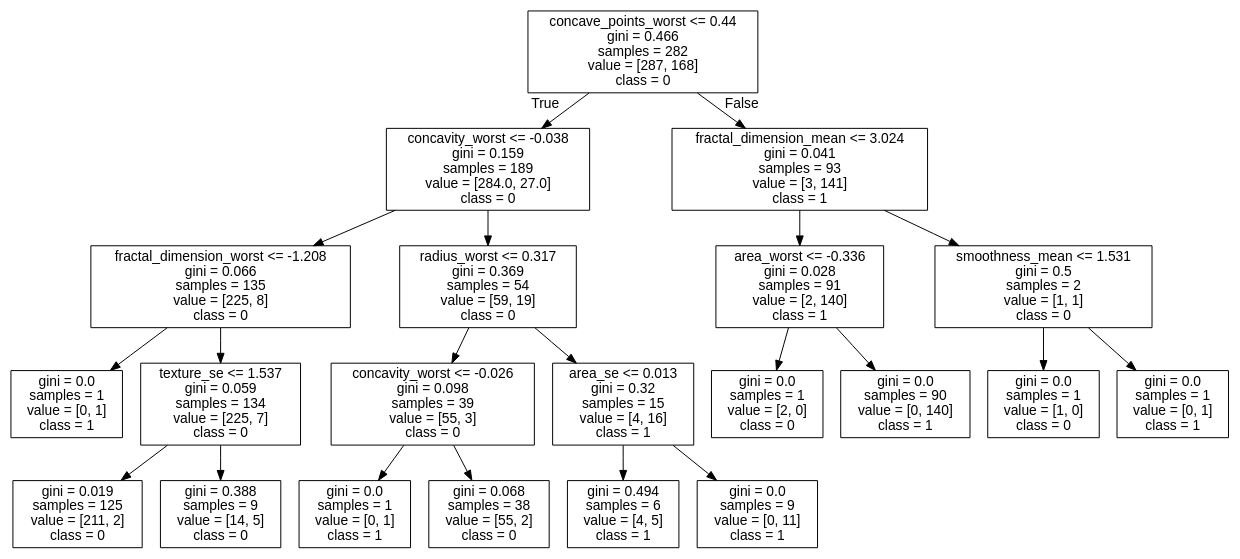
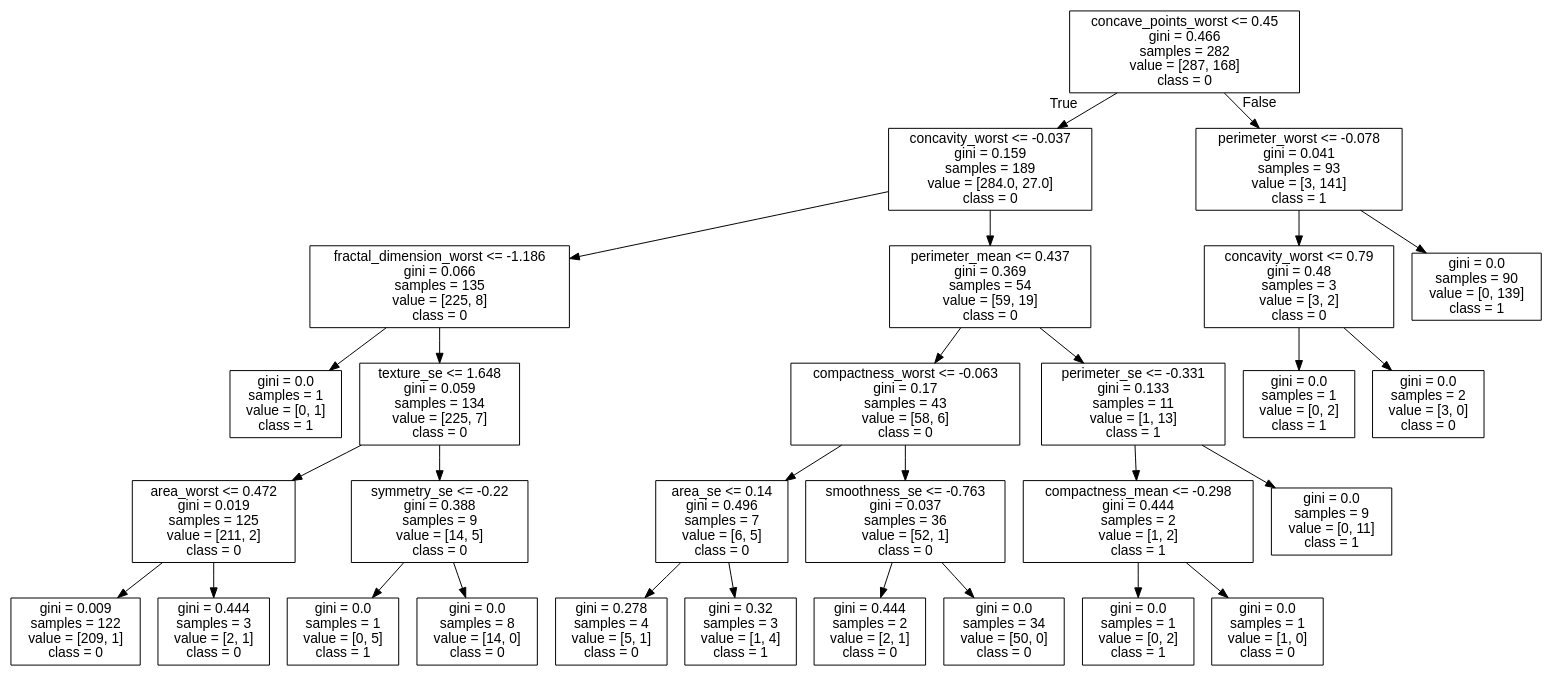
One commit to cyrilvincent/ML changed the diagram in data/breast-cancer/tree.dot. Above: the diagram before and after it, drawn with Graphviz. The commit also changed 2 other files, not shown here.

```diff
--- a/data/breast-cancer/tree.dot
+++ b/data/breast-cancer/tree.dot
@@ -1,45 +1,61 @@
 digraph Tree {
 node [shape=box, fontname="helvetica"] ;
 edge [fontname="helvetica"] ;
-0 [label="concave_points_worst <= 0.44\ngini = 0.466\nsamples = 282\nvalue = [287, 168]\nclass = 0"] ;
-1 [label="concavity_worst <= -0.038\ngini = 0.159\nsamples = 189\nvalue = [284.0, 27.0]\nclass = 0"] ;
+0 [label="concave_points_worst <= 0.45\ngini = 0.466\nsamples = 282\nvalue = [287, 168]\nclass = 0"] ;
+1 [label="concavity_worst <= -0.037\ngini = 0.159\nsamples = 189\nvalue = [284.0, 27.0]\nclass = 0"] ;
 0 -> 1 [labeldistance=2.5, labelangle=45, headlabel="True"] ;
-2 [label="fractal_dimension_worst <= -1.208\ngini = 0.066\nsamples = 135\nvalue = [225, 8]\nclass = 0"] ;
+2 [label="fractal_dimension_worst <= -1.186\ngini = 0.066\nsamples = 135\nvalue = [225, 8]\nclass = 0"] ;
 1 -> 2 ;
 3 [label="gini = 0.0\nsamples = 1\nvalue = [0, 1]\nclass = 1"] ;
 2 -> 3 ;
-4 [label="texture_se <= 1.537\ngini = 0.059\nsamples = 134\nvalue = [225, 7]\nclass = 0"] ;
+4 [label="texture_se <= 1.648\ngini = 0.059\nsamples = 134\nvalue = [225, 7]\nclass = 0"] ;
 2 -> 4 ;
-5 [label="gini = 0.019\nsamples = 125\nvalue = [211, 2]\nclass = 0"] ;
+5 [label="area_worst <= 0.472\ngini = 0.019\nsamples = 125\nvalue = [211, 2]\nclass = 0"] ;
 4 -> 5 ;
-6 [label="gini = 0.388\nsamples = 9\nvalue = [14, 5]\nclass = 0"] ;
-4 -> 6 ;
-7 [label="radius_worst <= 0.317\ngini = 0.369\nsamples = 54\nvalue = [59, 19]\nclass = 0"] ;
-1 -> 7 ;
-8 [label="concavity_worst <= -0.026\ngini = 0.098\nsamples = 39\nvalue = [55, 3]\nclass = 0"] ;
-7 -> 8 ;
-9 [label="gini = 0.0\nsamples = 1\nvalue = [0, 1]\nclass = 1"] ;
+6 [label="gini = 0.009\nsamples = 122\nvalue = [209, 1]\nclass = 0"] ;
+5 -> 6 ;
+7 [label="gini = 0.444\nsamples = 3\nvalue = [2, 1]\nclass = 0"] ;
+5 -> 7 ;
+8 [label="symmetry_se <= -0.22\ngini = 0.388\nsamples = 9\nvalue = [14, 5]\nclass = 0"] ;
+4 -> 8 ;
+9 [label="gini = 0.0\nsamples = 1\nvalue = [0, 5]\nclass = 1"] ;
 8 -> 9 ;
-10 [label="gini = 0.068\nsamples = 38\nvalue = [55, 2]\nclass = 0"] ;
+10 [label="gini = 0.0\nsamples = 8\nvalue = [14, 0]\nclass = 0"] ;
 8 -> 10 ;
-11 [label="area_se <= 0.013\ngini = 0.32\nsamples = 15\nvalue = [4, 16]\nclass = 1"] ;
-7 -> 11 ;
-12 [label="gini = 0.494\nsamples = 6\nvalue = [4, 5]\nclass = 1"] ;
+11 [label="perimeter_mean <= 0.437\ngini = 0.369\nsamples = 54\nvalue = [59, 19]\nclass = 0"] ;
+1 -> 11 ;
+12 [label="compactness_worst <= -0.063\ngini = 0.17\nsamples = 43\nvalue = [58, 6]\nclass = 0"] ;
 11 -> 12 ;
-13 [label="gini = 0.0\nsamples = 9\nvalue = [0, 11]\nclass = 1"] ;
-11 -> 13 ;
-14 [label="fractal_dimension_mean <= 3.024\ngini = 0.041\nsamples = 93\nvalue = [3, 141]\nclass = 1"] ;
-0 -> 14 [labeldistance=2.5, labelangle=-45, headlabel="False"] ;
-15 [label="area_worst <= -0.336\ngini = 0.028\nsamples = 91\nvalue = [2, 140]\nclass = 1"] ;
-14 -> 15 ;
-16 [label="gini = 0.0\nsamples = 1\nvalue = [2, 0]\nclass = 0"] ;
-15 -> 16 ;
-17 [label="gini = 0.0\nsamples = 90\nvalue = [0, 140]\nclass = 1"] ;
-15 -> 17 ;
-18 [label="smoothness_mean <= 1.531\ngini = 0.5\nsamples = 2\nvalue = [1, 1]\nclass = 0"] ;
-14 -> 18 ;
-19 [label="gini = 0.0\nsamples = 1\nvalue = [1, 0]\nclass = 0"] ;
-18 -> 19 ;
-20 [label="gini = 0.0\nsamples = 1\nvalue = [0, 1]\nclass = 1"] ;
-18 -> 20 ;
+13 [label="area_se <= 0.14\ngini = 0.496\nsamples = 7\nvalue = [6, 5]\nclass = 0"] ;
+12 -> 13 ;
+14 [label="gini = 0.278\nsamples = 4\nvalue = [5, 1]\nclass = 0"] ;
+13 -> 14 ;
+15 [label="gini = 0.32\nsamples = 3\nvalue = [1, 4]\nclass = 1"] ;
+13 -> 15 ;
+16 [label="smoothness_se <= -0.763\ngini = 0.037\nsamples = 36\nvalue = [52, 1]\nclass = 0"] ;
+12 -> 16 ;
+17 [label="gini = 0.444\nsamples = 2\nvalue = [2, 1]\nclass = 0"] ;
+16 -> 17 ;
+18 [label="gini = 0.0\nsamples = 34\nvalue = [50, 0]\nclass = 0"] ;
+16 -> 18 ;
+19 [label="perimeter_se <= -0.331\ngini = 0.133\nsamples = 11\nvalue = [1, 13]\nclass = 1"] ;
+11 -> 19 ;
+20 [label="compactness_mean <= -0.298\ngini = 0.444\nsamples = 2\nvalue = [1, 2]\nclass = 1"] ;
+19 -> 20 ;
+21 [label="gini = 0.0\nsamples = 1\nvalue = [0, 2]\nclass = 1"] ;
+20 -> 21 ;
+22 [label="gini = 0.0\nsamples = 1\nvalue = [1, 0]\nclass = 0"] ;
+20 -> 22 ;
+23 [label="gini = 0.0\nsamples = 9\nvalue = [0, 11]\nclass = 1"] ;
+19 -> 23 ;
+24 [label="perimeter_worst <= -0.078\ngini = 0.041\nsamples = 93\nvalue = [3, 141]\nclass = 1"] ;
+0 -> 24 [labeldistance=2.5, labelangle=-45, headlabel="False"] ;
+25 [label="concavity_worst <= 0.79\ngini = 0.48\nsamples = 3\nvalue = [3, 2]\nclass = 0"] ;
+24 -> 25 ;
+26 [label="gini = 0.0\nsamples = 1\nvalue = [0, 2]\nclass = 1"] ;
+25 -> 26 ;
+27 [label="gini = 0.0\nsamples = 2\nvalue = [3, 0]\nclass = 0"] ;
+25 -> 27 ;
+28 [label="gini = 0.0\nsamples = 90\nvalue = [0, 139]\nclass = 1"] ;
+24 -> 28 ;
 }
```
